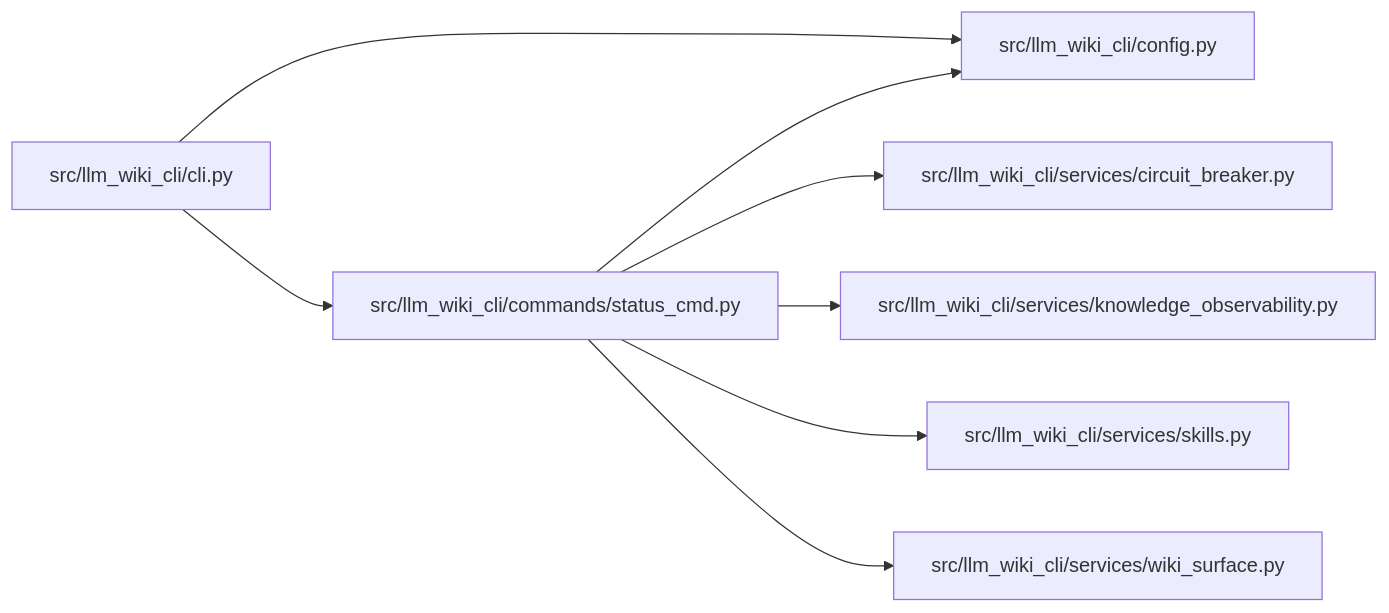
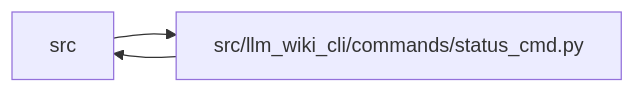
One commit to Denissvgn/python-wiki-llm changed the diagram in docs/llm_wiki/modules/status_cmd.md. Above: the diagram before and after it, drawn with Mermaid. The commit also changed other lines of this file and 364 other files, not shown here.

````diff
--- a/docs/llm_wiki/modules/status_cmd.md
+++ b/docs/llm_wiki/modules/status_cmd.md
@@ -25,24 +32,8 @@
 ```mermaid
 flowchart LR
-    n0["src/llm_wiki_cli/cli.py"]
+    n0["src"]
     n1["src/llm_wiki_cli/commands/status_cmd.py"]
-    n2["src/llm_wiki_cli/config.py"]
-    n3["src/llm_wiki_cli/services/circuit_breaker.py"]
-    n4["src/llm_wiki_cli/services/knowledge_observability.py"]
-    n5["src/llm_wiki_cli/services/skills.py"]
-    n6["src/llm_wiki_cli/services/wiki_surface.py"]
     n0 --> n1
-    n0 --> n2
-    n1 --> n2
-    n1 --> n3
-    n1 --> n4
-    n1 --> n5
-    n1 --> n6
-    click n0 "../modules/cli.md"
+    n1 --> n0
     click n1 "../modules/status_cmd.md"
-    click n2 "../modules/config.md"
-    click n3 "../modules/circuit_breaker.md"
-    click n4 "../modules/knowledge_observability.md"
-    click n5 "../modules/skills.md"
-    click n6 "../modules/wiki_surface.md"
 ```
````
